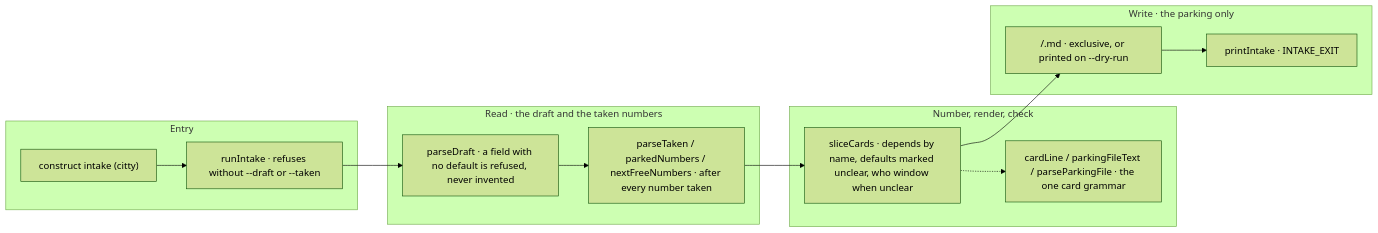
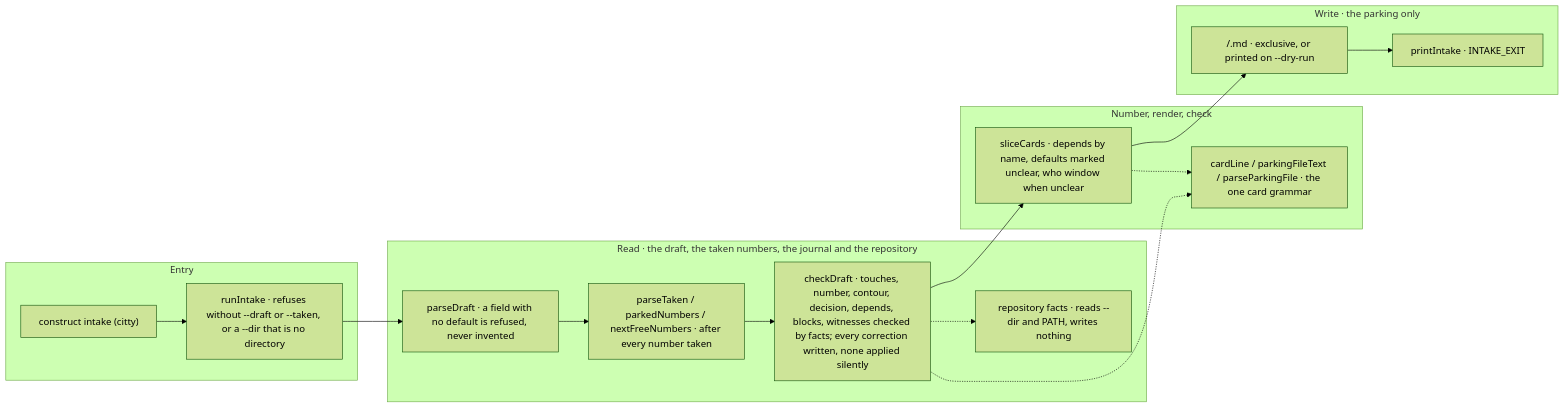
One commit to E1i/mikoshi-construct changed the diagram in architecture/intake.md. Above: the diagram before and after it, drawn with Mermaid (forest theme). The commit also changed other lines of this file and 21 other files, not shown here.

Commit message:
feat(intake): construct intake checks each card against the repository and the journal (#543)

````diff
--- a/architecture/intake.md
+++ b/architecture/intake.md
@@ -10,26 +10,31 @@
 ```mermaid
 flowchart LR
   subgraph b_entry["Entry"]
     cli["construct intake (citty)"]
-    run["runIntake · refuses without --draft or --taken"]
+    run["runIntake · refuses without --draft or --taken, or a --dir that is no directory"]
   end
-  subgraph b_read["Read · the draft and the taken numbers"]
+  subgraph b_read["Read · the draft, the taken numbers, the journal and the repository"]
     draft["parseDraft · a field with no default is refused, never invented"]
     numbers["parseTaken / parkedNumbers / nextFreeNumbers · after every number taken"]
+    check["checkDraft · touches, number, contour, decision, depends, blocks, witnesses checked by facts; every correction written, none applied silently"]
+    facts["repository facts · reads --dir and PATH, writes nothing"]
   end
   subgraph b_slice["Number, render, check"]
     slice["sliceCards · depends by name, defaults marked unclear, who window when unclear"]
     grammar["cardLine / parkingFileText / parseParkingFile · the one card grammar"]
   end
   subgraph b_write["Write · the parking only"]
     write["<parking>/<id>.md · exclusive, or printed on --dry-run"]
     print["printIntake · INTAKE_EXIT"]
   end
   cli --> run
   run --> draft
   draft --> numbers
-  numbers --> slice
+  numbers --> check
+  check --> slice
+  check -.-> facts
+  check -.-> grammar
   slice -.-> grammar
   slice --> write
   write --> print
 ```
````
